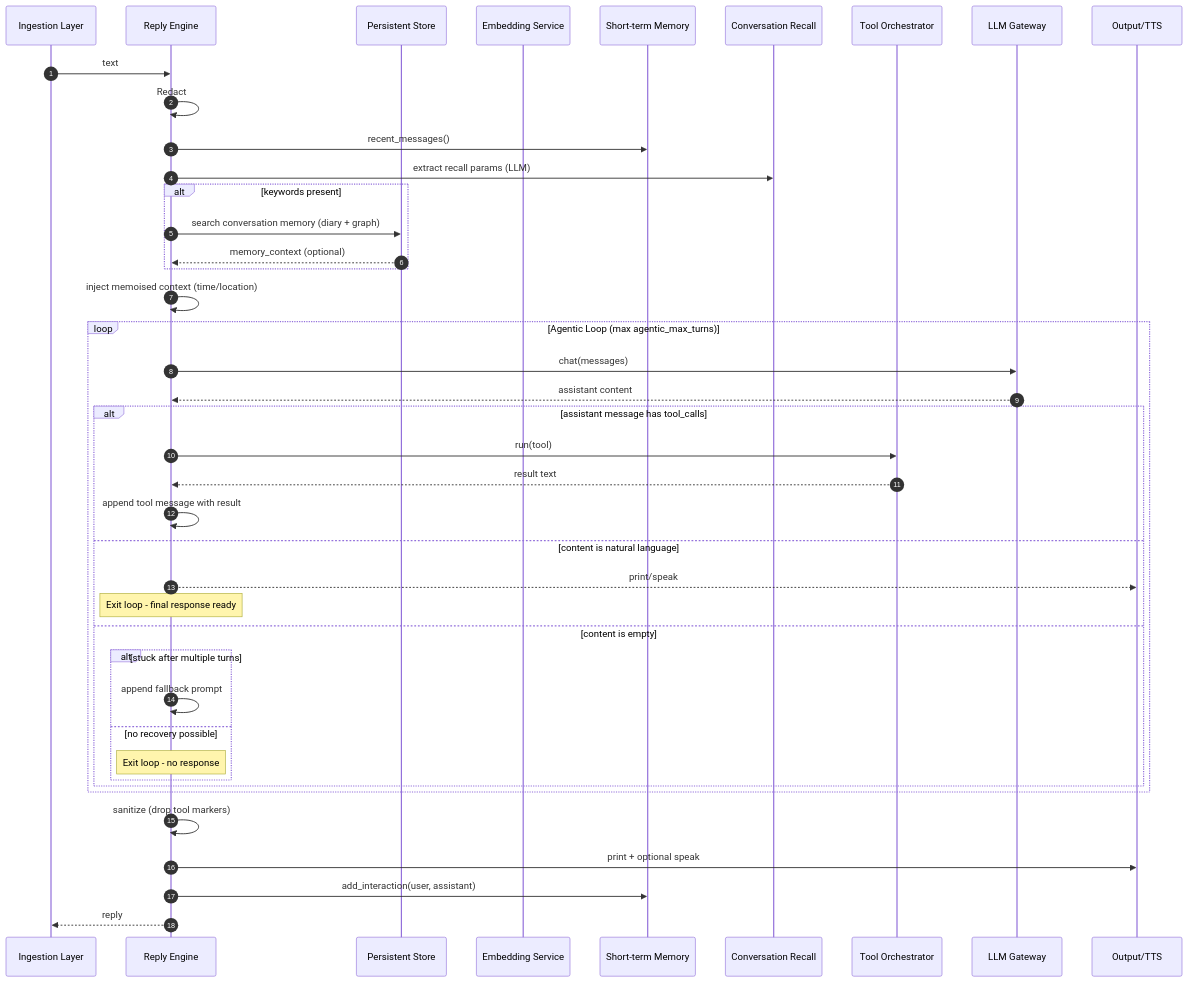
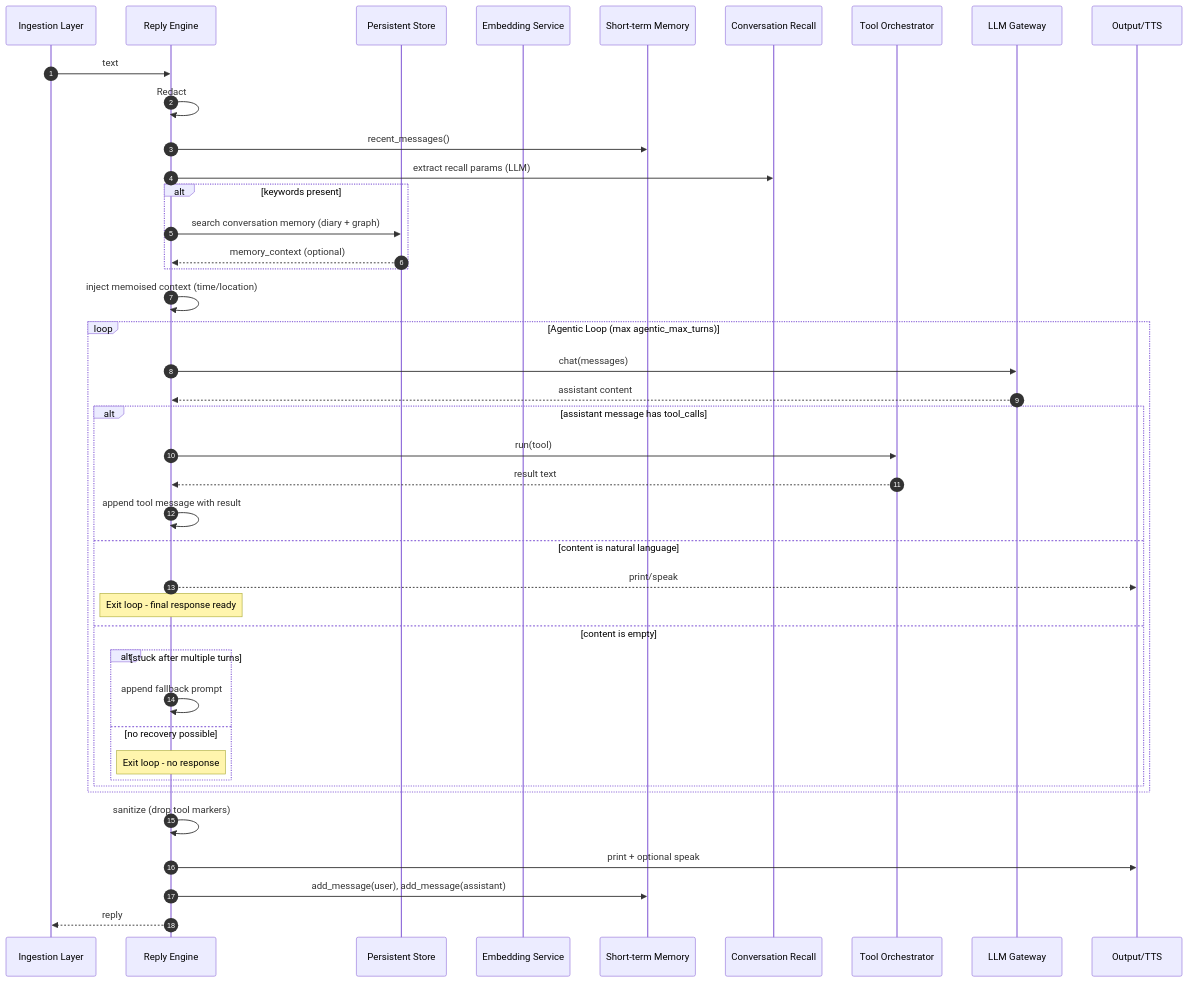
Before and after one commit to Hocsman/jarvis: the diagram in src/jarvis/reply/reply.spec.md, drawn with Mermaid. The commit also changed 2 other files, not shown here.

Commit message:
refactor(memory): drop the DialogueMemory methods only tests called
add_interaction ("Compatibility method") and clear_pending_updates
("DEPRECATED ... Kept for backward compatibility") had no production
caller: the engine stores turns with add_message, and the diary flush
marks them saved with mark_saved_up_to on the snapshot it took.

The tests that used them as setup now do what production does. They add
messages one role at a time and mark everything saved through a small
helper that takes the snapshot and calls mark_saved_up_to. The
behaviours they covered (chunk labelling and order, a multi-line
message staying one chunk, a saved snapshot ending the pending diary
update) are kept under names that no longer mention the removed
method. reply.spec.md's sequence diagram now names the calls the
engine really makes.

````diff
--- a/src/jarvis/reply/reply.spec.md
+++ b/src/jarvis/reply/reply.spec.md
@@ -181,48 +181,48 @@
 ```mermaid
 sequenceDiagram
   autonumber
   participant Caller as Ingestion Layer
   participant Engine as Reply Engine
   participant Store as Persistent Store
   participant Emb as Embedding Service
   participant ShortMem as Short-term Memory
   participant Recall as Conversation Recall
   participant Tools as Tool Orchestrator
   participant LLM as LLM Gateway
   participant Out as Output/TTS
 
   Caller->>Engine: text
   Engine->>Engine: Redact
   Engine->>ShortMem: recent_messages()
   Engine->>Recall: extract recall params (LLM)
   alt keywords present
     Engine->>Store: search conversation memory (diary + graph)
     Store-->>Engine: memory_context (optional)
   end
   Engine->>Engine: inject memoised context (time/location)
   
   loop Agentic Loop (max agentic_max_turns)
     Engine->>LLM: chat(messages)
     LLM-->>Engine: assistant content
     
     alt assistant message has tool_calls
       Engine->>Tools: run(tool)
       Tools-->>Engine: result text
       Engine->>Engine: append tool message with result
     else content is natural language
       Engine-->>Out: print/speak
       Note over Engine: Exit loop - final response ready
     else content is empty
       alt stuck after multiple turns
         Engine->>Engine: append fallback prompt
       else no recovery possible
         Note over Engine: Exit loop - no response
       end
     end
   end
   
   Engine->>Engine: sanitize (drop tool markers)
   Engine->>Out: print + optional speak
-  Engine->>ShortMem: add_interaction(user, assistant)
+  Engine->>ShortMem: add_message(user), add_message(assistant)
   Engine-->>Caller: reply
 ```
````
